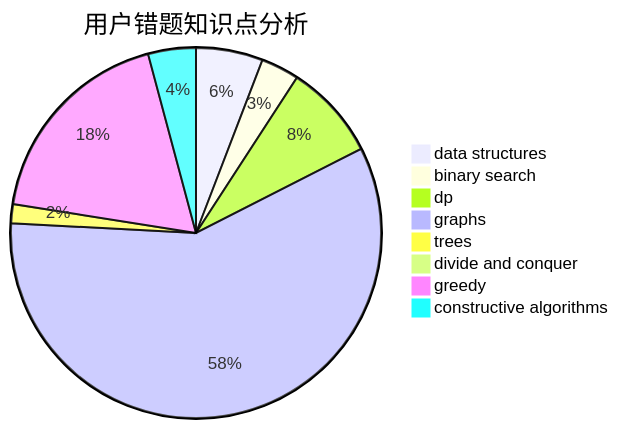
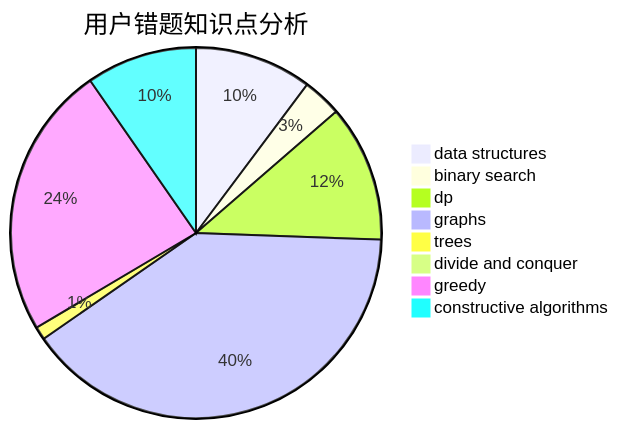
The third of 3 diagrams in docs/user/u846.md (sherpahu/cfrs.github.io), drawn with Mermaid before and after one commit. The commit also changed other lines of this file and 2770 other files, not shown here.

````diff
--- a/docs/user/u846.md
+++ b/docs/user/u846.md
@@ -36,11 +36,11 @@
 ```mermaid
 pie title 用户错题知识点分析
-    "data structures" :  7
-    "binary search" :  4
-    "dp" :  10
+    "data structures" :  18
+    "binary search" :  6
+    "dp" :  21
     "graphs" :  70
     "trees" :  2
     "divide and conquer" :  0
-    "greedy" :  22
-    "constructive algorithms" :  5
+    "greedy" :  42
+    "constructive algorithms" :  17
 ```
````
